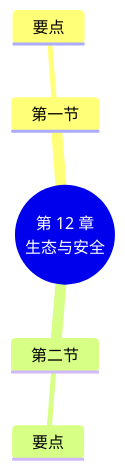
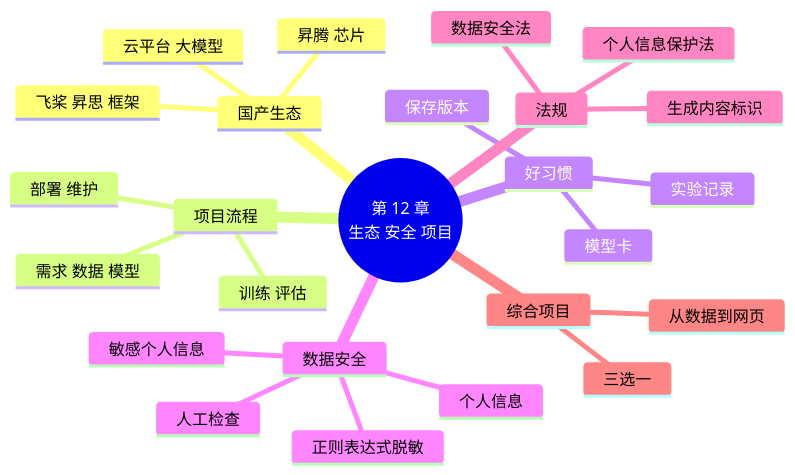
The diagram in docs/chapters/12-ecosystem/index.md (MingziFu9/ai-frameworks), drawn with Mermaid before and after one commit. The commit also changed other lines of this file and 14 other files, not shown here.

````diff
--- a/docs/chapters/12-ecosystem/index.md
+++ b/docs/chapters/12-ecosystem/index.md
@@ -185,8 +478,28 @@
 ```mermaid
 mindmap
-  root((第 12 章<br/>生态与安全))
-    第一节
-      要点
-    第二节
-      要点
+  root((第 12 章<br/>生态 安全 项目))
+    国产生态
+      昇腾 芯片
+      飞桨 昇思 框架
+      云平台 大模型
+    项目流程
+      需求 数据 模型
+      训练 评估
+      部署 维护
+    好习惯
+      实验记录
+      保存版本
+      模型卡
+    数据安全
+      个人信息
+      敏感个人信息
+      正则表达式脱敏
+      人工检查
+    法规
+      个人信息保护法
+      数据安全法
+      生成内容标识
+    综合项目
+      三选一
+      从数据到网页
 ```
````
